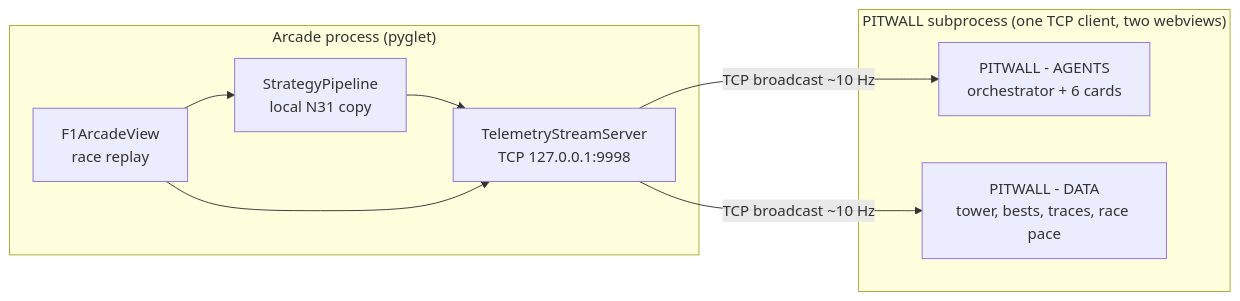
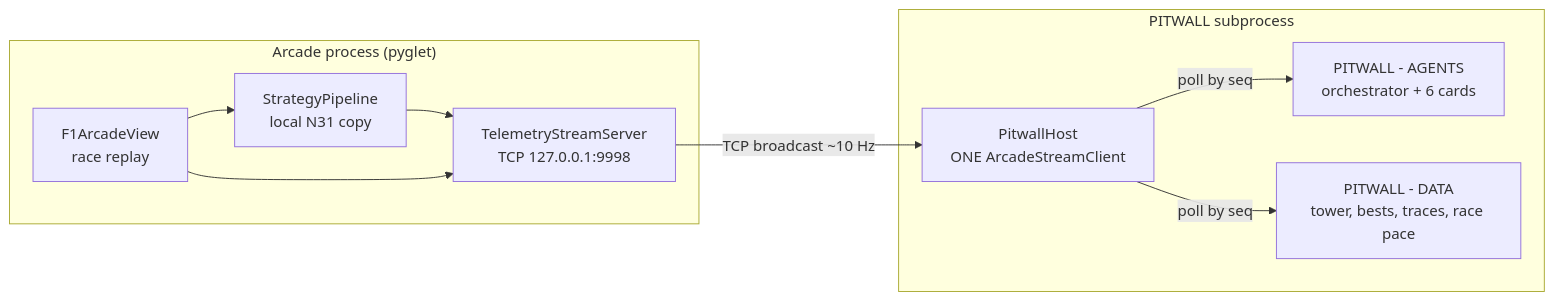
One commit to VforVitorio/F1_Strat_Manager changed the second of 3 diagrams in docs/pages/multi-agent.md. Above: the diagram before and after it, drawn with Mermaid. The commit also changed 13 other files, not shown here.

````diff
--- a/docs/pages/multi-agent.md
+++ b/docs/pages/multi-agent.md
@@ -68,19 +68,21 @@
 ```mermaid
 graph LR
     subgraph arcade["Arcade process (pyglet)"]
         REPLAY[F1ArcadeView<br/>race replay]
         PIPE[StrategyPipeline<br/>local N31 copy]
         STREAM[TelemetryStreamServer<br/>TCP 127.0.0.1:9998]
     end
 
-    subgraph pw["PITWALL subprocess (one TCP client, two webviews)"]
+    subgraph pw["PITWALL subprocess"]
+        HOST[PitwallHost<br/>ONE ArcadeStreamClient]
         AGENTS[PITWALL - AGENTS<br/>orchestrator + 6 cards]
         DATA[PITWALL - DATA<br/>tower, bests, traces, race pace]
+        HOST -->|poll by seq| AGENTS
+        HOST -->|poll by seq| DATA
     end
 
     REPLAY --> PIPE
     PIPE --> STREAM
     REPLAY --> STREAM
-    STREAM -->|TCP broadcast ~10 Hz| AGENTS
-    STREAM -->|TCP broadcast ~10 Hz| DATA
+    STREAM -->|TCP broadcast ~10 Hz| HOST
 ```
````
